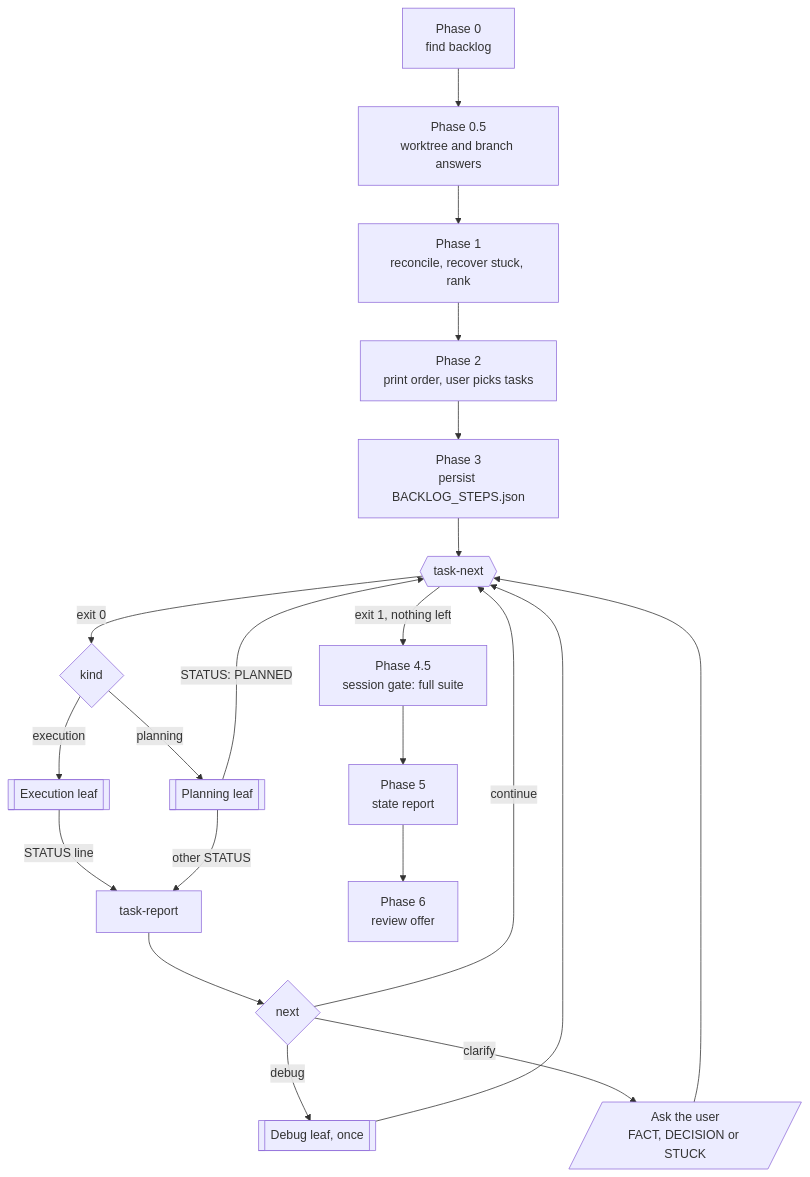
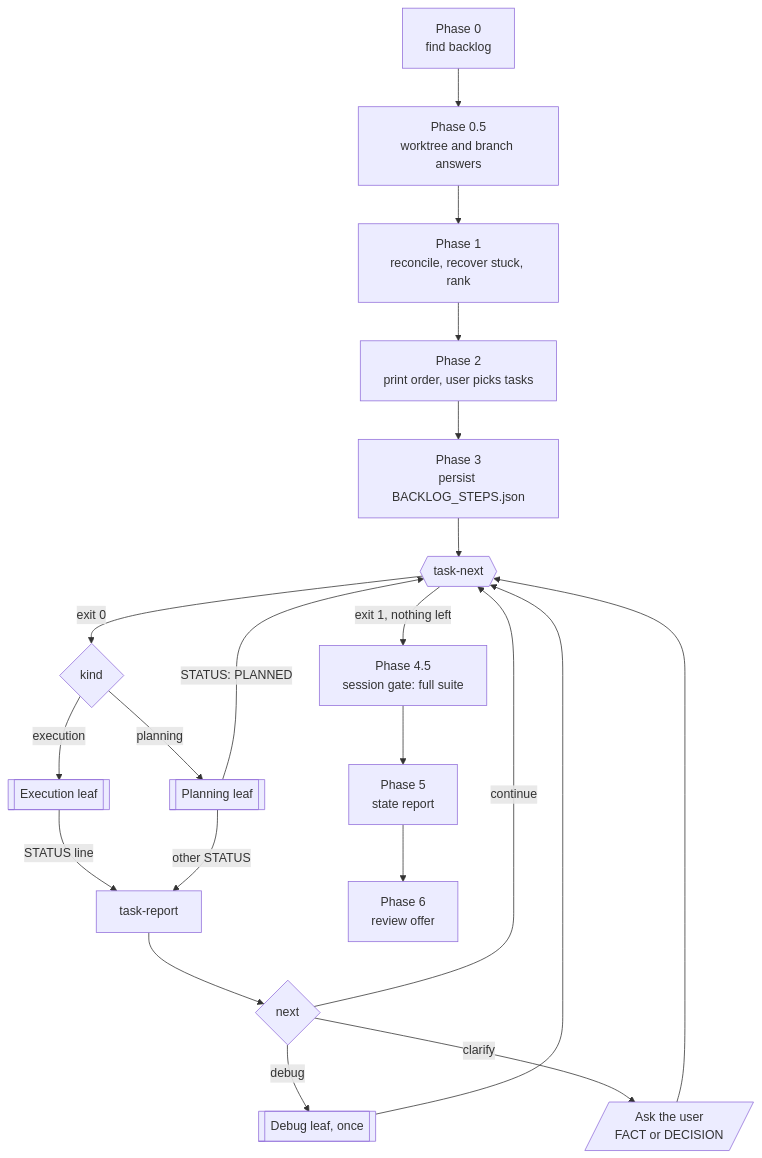
The diagram in docs/lifecycle/router-loop.mmd (shortcuts/radin), drawn with Mermaid before and after one commit. The commit also changed 7 other files, not shown here.

```diff
--- a/docs/lifecycle/router-loop.mmd
+++ b/docs/lifecycle/router-loop.mmd
@@ -1,21 +1,21 @@
 flowchart TD
   p0[Phase 0<br/>find backlog] --> p05[Phase 0.5<br/>worktree and branch answers]
   p05 --> p1[Phase 1<br/>reconcile, recover stuck, rank]
   p1 --> p2[Phase 2<br/>print order, user picks tasks]
   p2 --> p3[Phase 3<br/>persist BACKLOG_STEPS.json]
   p3 --> next{{task-next}}
   next -- exit 1, nothing left --> p45[Phase 4.5<br/>session gate: full suite]
   next -- exit 0 --> kind{kind}
   kind -- planning --> leafP[[Planning leaf]]
   kind -- execution --> leafE[[Execution leaf]]
   leafP -- STATUS: PLANNED --> next
   leafE -- STATUS line --> report[task-report]
   leafP -- other STATUS --> report
   report --> route{next}
   route -- continue --> next
   route -- debug --> debug[[Debug leaf, once]]
   debug --> next
-  route -- clarify --> user[/Ask the user<br/>FACT, DECISION or STUCK/]
+  route -- clarify --> user[/Ask the user<br/>FACT or DECISION/]
   user --> next
   p45 --> p5[Phase 5<br/>state report]
   p5 --> p6[Phase 6<br/>review offer]
```
